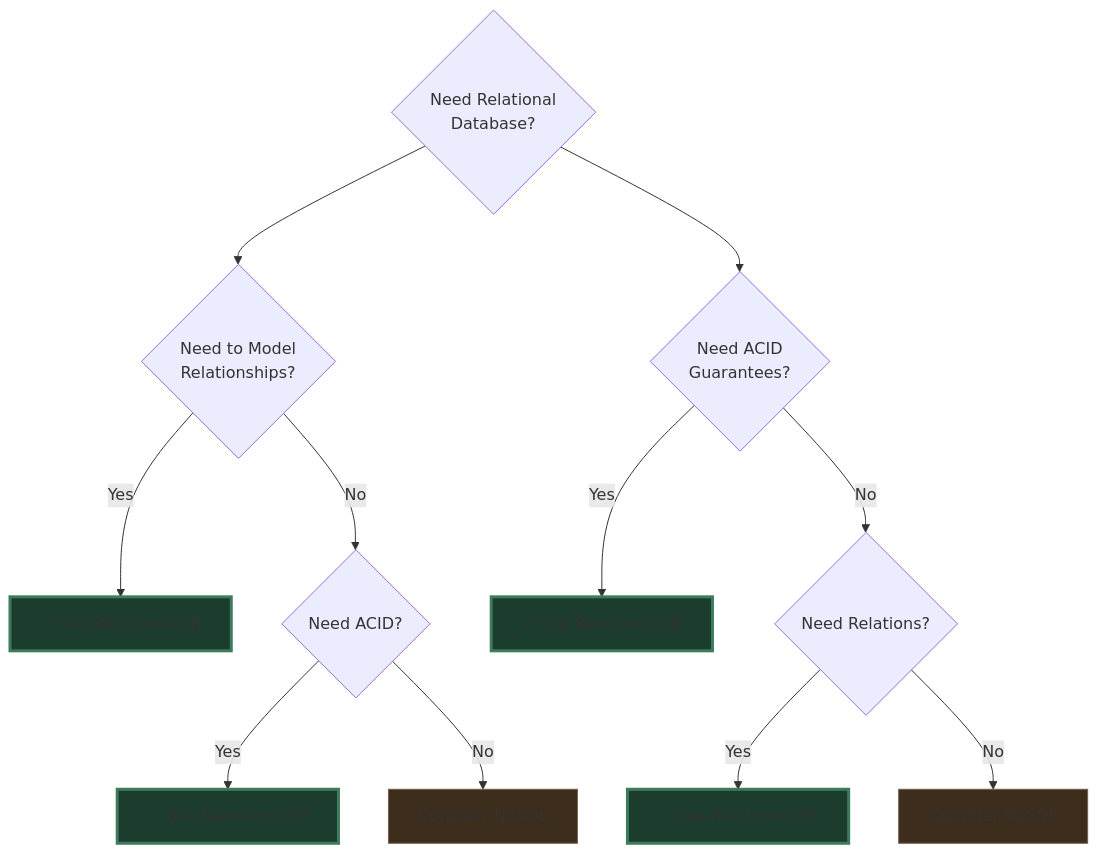
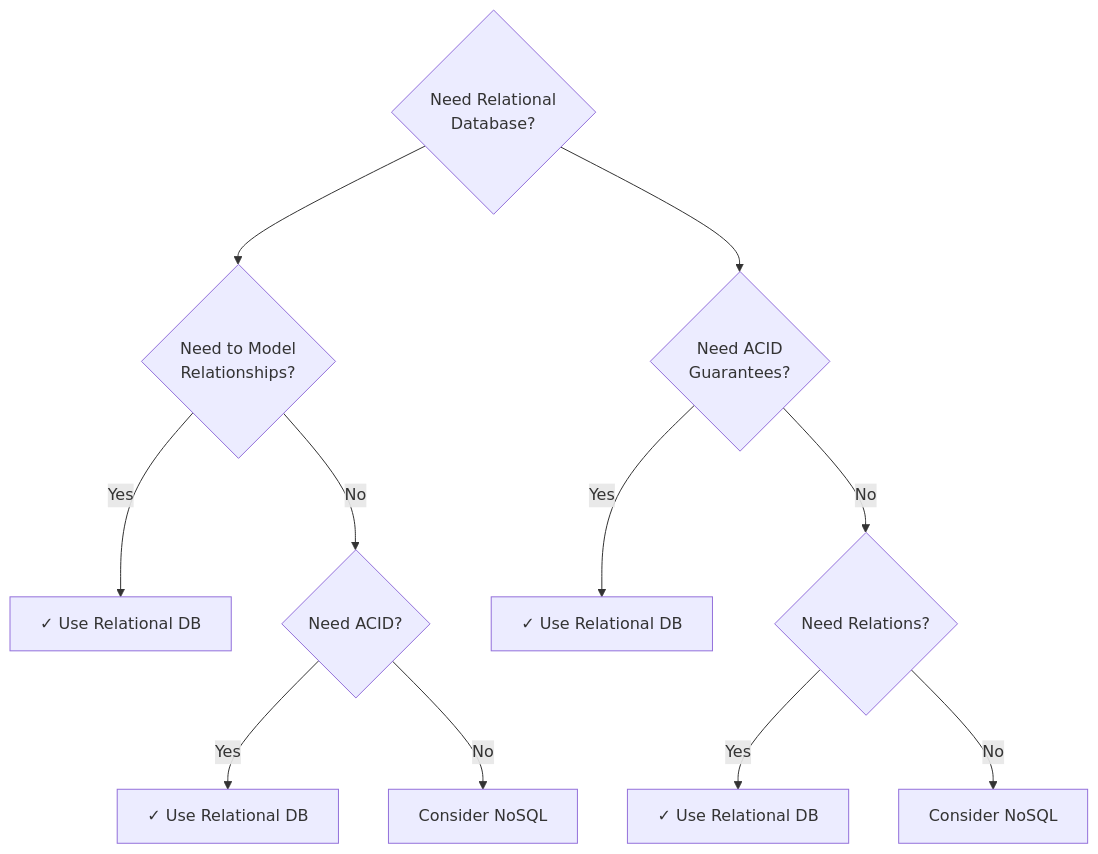
The eighth of 9 diagrams in system design beginner/55. Relational Databases.md (Yash-Kavaiya/The-System-Design-Masterclass), drawn with Mermaid before and after one commit. The commit also changed other lines of this file, not shown here.

````diff
--- a/system design beginner/55. Relational Databases.md
+++ b/system design beginner/55. Relational Databases.md
@@ -331,26 +296,20 @@
 ```mermaid
 graph TD
     DECISION{Need Relational<br/>Database?}
     
     DECISION --> REL{Need to Model<br/>Relationships?}
     DECISION --> ACID{Need ACID<br/>Guarantees?}
     
     REL -->|Yes| USE1[✓ Use Relational DB]
     ACID -->|Yes| USE2[✓ Use Relational DB]
     
     REL -->|No| CHECK_ACID{Need ACID?}
     ACID -->|No| CHECK_REL{Need Relations?}
     
     CHECK_ACID -->|Yes| USE3[✓ Use Relational DB]
     CHECK_ACID -->|No| NOSQL[Consider NoSQL]
     
     CHECK_REL -->|Yes| USE4[✓ Use Relational DB]
     CHECK_REL -->|No| NOSQL2[Consider NoSQL]
     
-    style USE1 fill:#1c3d2d,stroke:#3c7c5c,stroke-width:3px
-    style USE2 fill:#1c3d2d,stroke:#3c7c5c,stroke-width:3px
-    style USE3 fill:#1c3d2d,stroke:#3c7c5c,stroke-width:3px
-    style USE4 fill:#1c3d2d,stroke:#3c7c5c,stroke-width:3px
-    style NOSQL fill:#3d2d1c,stroke:#7c5d4a
-    style NOSQL2 fill:#3d2d1c,stroke:#7c5d4a
 ```
````
